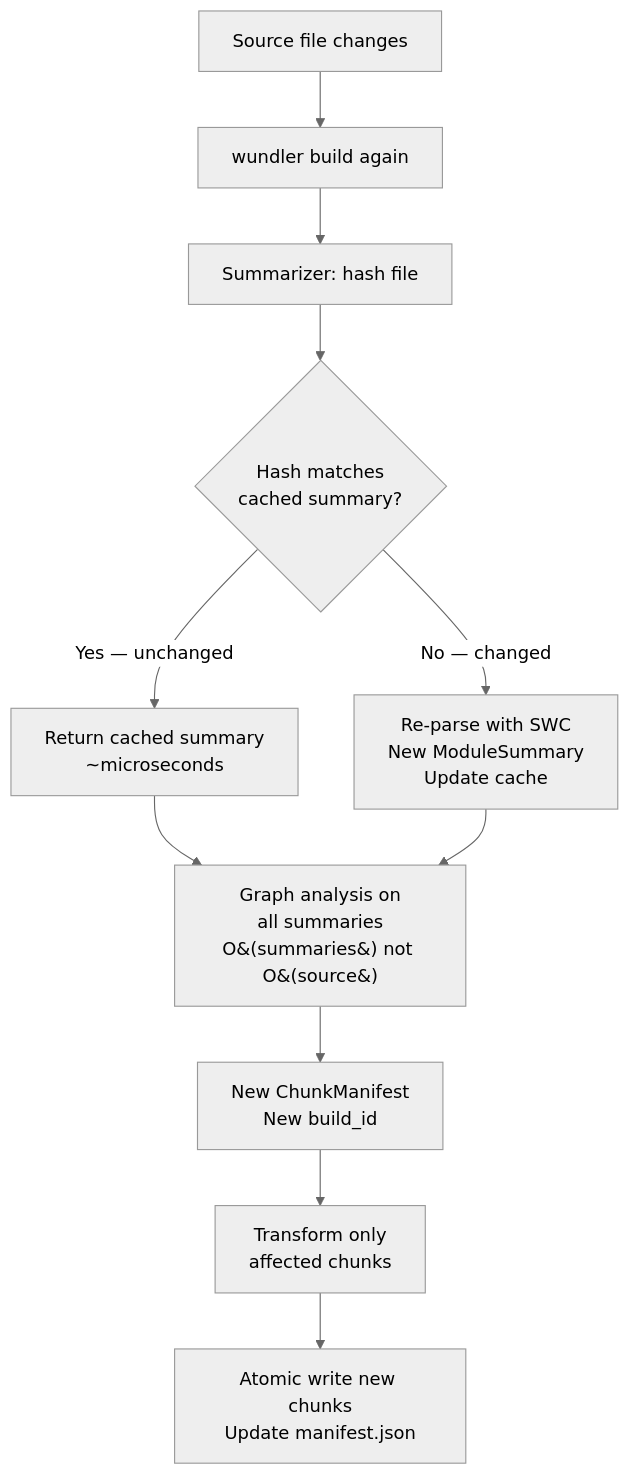
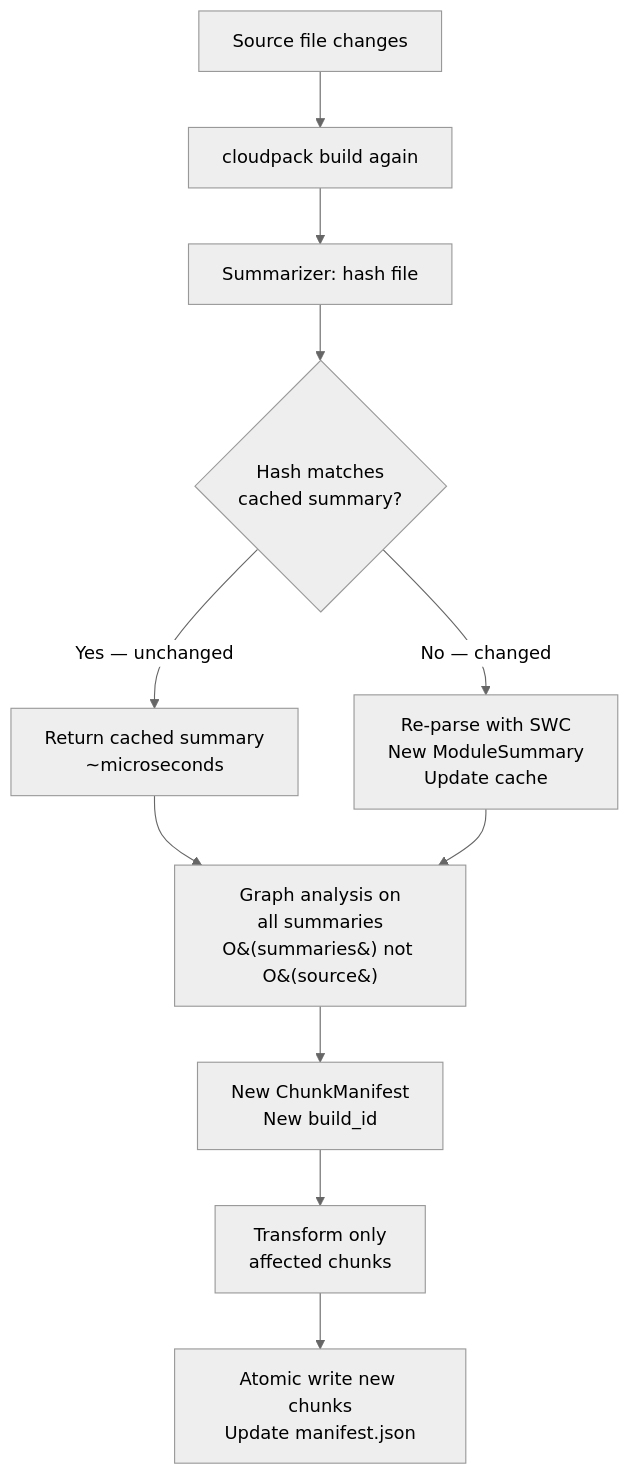
One commit to kenotron-ms/wundler changed the third of 8 diagrams in docs/WORKFLOWS.md. Above: the diagram before and after it, drawn with Mermaid (neutral theme). The commit also changed other lines of this file and 394 other files, not shown here.

Commit message:
chore: rename project wundler → cloudpack

````diff
--- a/docs/WORKFLOWS.md
+++ b/docs/WORKFLOWS.md
@@ -56,13 +56,13 @@
 ```mermaid
 flowchart TD
-    A[Source file changes] --> B[wundler build again]
+    A[Source file changes] --> B[cloudpack build again]
     B --> C[Summarizer: hash file]
     C --> D{Hash matches<br/>cached summary?}
     D -->|Yes — unchanged| E[Return cached summary<br/>~microseconds]
     D -->|No — changed| F[Re-parse with SWC<br/>New ModuleSummary<br/>Update cache]
     E --> G[Graph analysis on<br/>all summaries<br/>O&#40;summaries&#41; not O&#40;source&#41;]
     F --> G
     G --> H[New ChunkManifest<br/>New build_id]
     H --> I[Transform only<br/>affected chunks]
     I --> J[Atomic write new chunks<br/>Update manifest.json]
 ```
````
